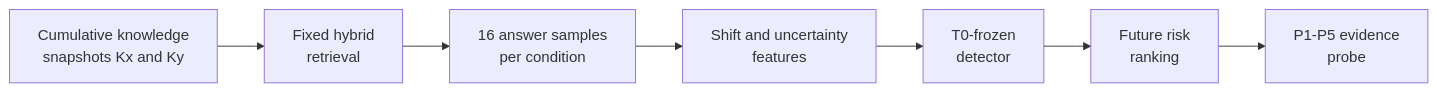
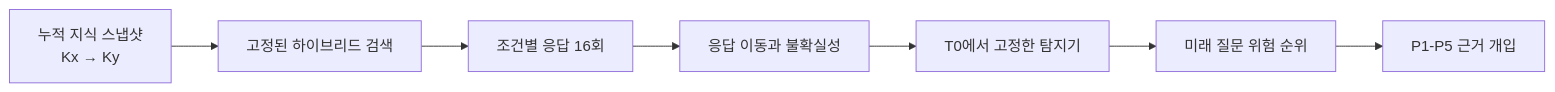
One commit to yoon-chan-hyeok/temporal-rag-drift changed the diagram in README.md. Above: the diagram before and after it, drawn with Mermaid. The commit also changed other lines of this file, not shown here.

````diff
--- a/README.md
+++ b/README.md
@@ -37,9 +21,9 @@
 ```mermaid
 flowchart LR
-    A["Cumulative knowledge<br/>snapshots Kx and Ky"] --> B["Fixed hybrid<br/>retrieval"]
-    B --> C["16 answer samples<br/>per condition"]
-    C --> D["Shift and uncertainty<br/>features"]
-    D --> E["T0-frozen<br/>detector"]
-    E --> F["Future risk<br/>ranking"]
-    F --> G["P1-P5 evidence<br/>probe"]
+    A["누적 지식 스냅샷<br/>Kx → Ky"] --> B["고정된 하이브리드 검색"]
+    B --> C["조건별 응답 16회"]
+    C --> D["응답 이동과 불확실성"]
+    D --> E["T0에서 고정한 탐지기"]
+    E --> F["미래 질문 위험 순위"]
+    F --> G["P1-P5 근거 개입"]
 ```
````
